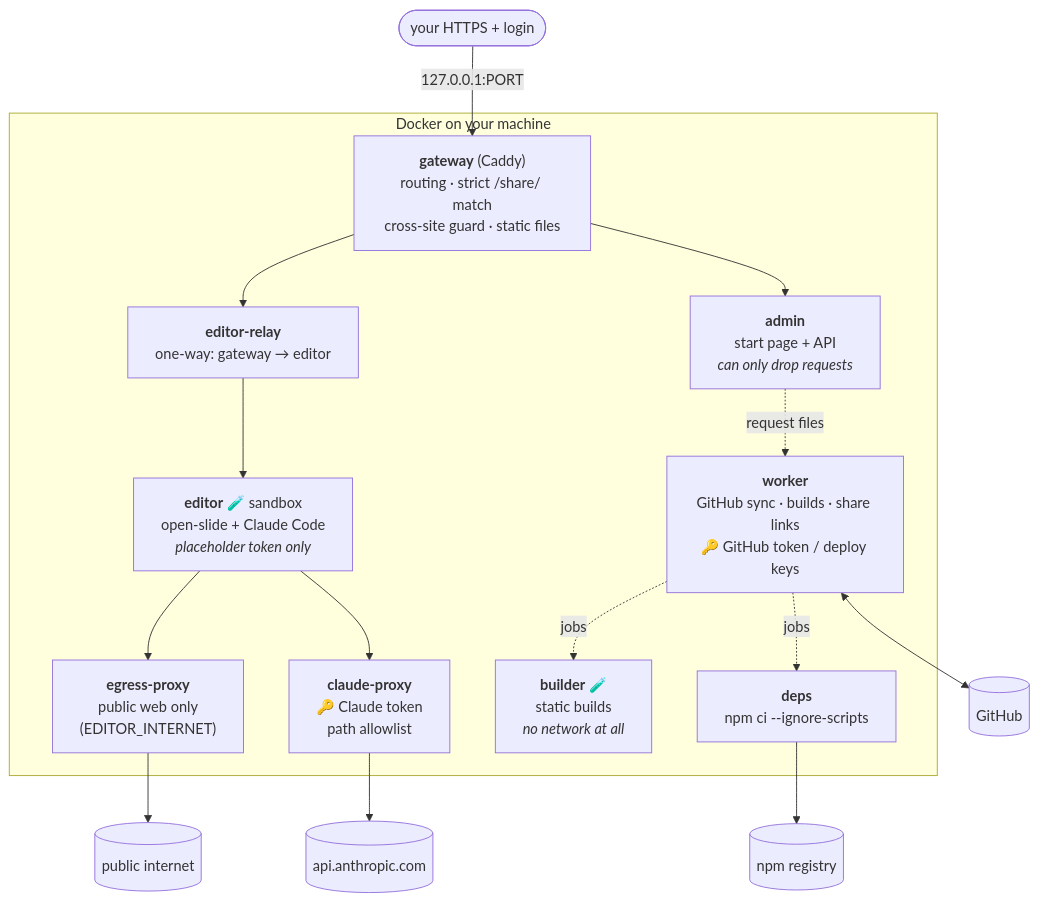
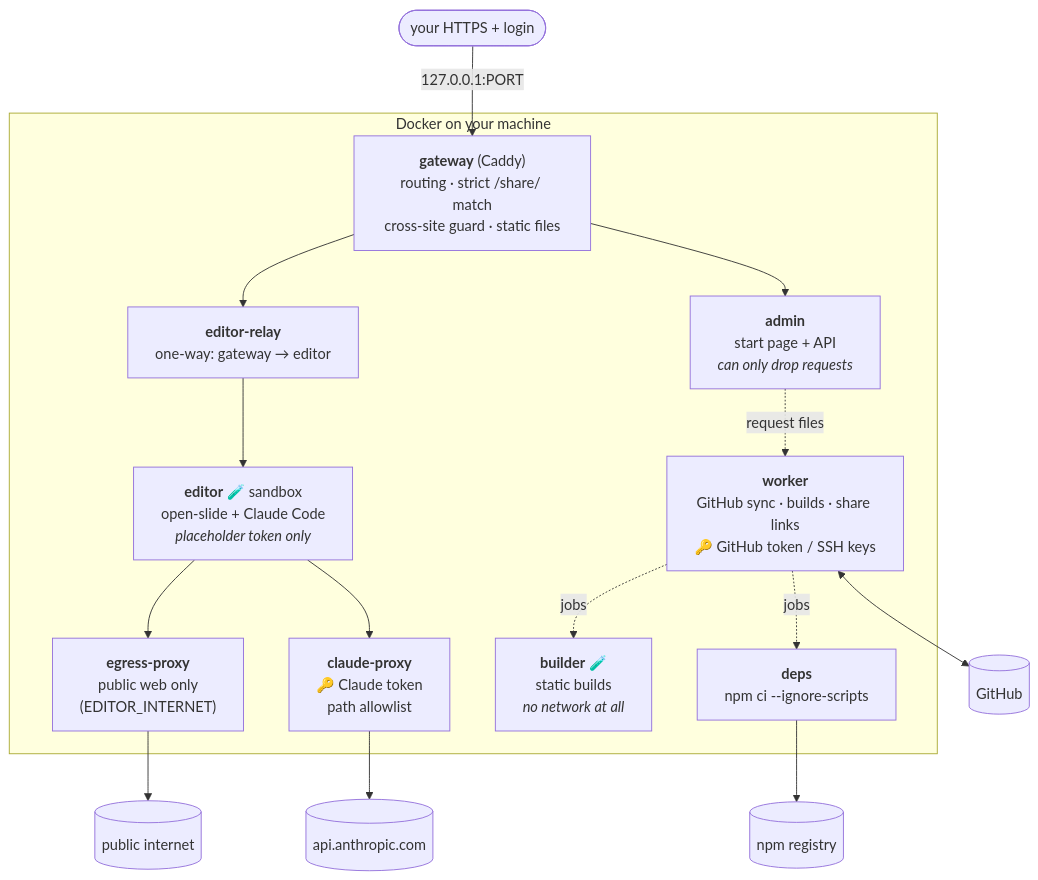
Before and after one commit to ValentinHerrmann/open-slide-server: the second of 3 diagrams in README.md, drawn with Mermaid. The commit also changed other lines of this file and 6 other files, not shown here.

First line of the commit message:
GitHub access via an SSH key on the user's account (reaches collaborator repos without deploy keys)

````diff
--- a/README.md
+++ b/README.md
@@ -152,25 +152,25 @@
 ```mermaid
 flowchart TB
     proxy_front(["your HTTPS + login"]) -->|"127.0.0.1:PORT"| gateway
 
     subgraph host ["Docker on your machine"]
         gateway["<b>gateway</b> (Caddy)<br/>routing · strict /share/ match<br/>cross-site guard · static files"]
         admin["<b>admin</b><br/>start page + API<br/><i>can only drop requests</i>"]
-        worker["<b>worker</b><br/>GitHub sync · builds · share links<br/>🔑 GitHub token / deploy keys"]
+        worker["<b>worker</b><br/>GitHub sync · builds · share links<br/>🔑 GitHub token / SSH keys"]
         relay["<b>editor-relay</b><br/>one-way: gateway → editor"]
         editor["<b>editor</b> 🧪 sandbox<br/>open-slide + Claude Code<br/><i>placeholder token only</i>"]
         cproxy["<b>claude-proxy</b><br/>🔑 Claude token<br/>path allowlist"]
         egress["<b>egress-proxy</b><br/>public web only<br/>(EDITOR_INTERNET)"]
         builder["<b>builder</b> 🧪<br/>static builds<br/><i>no network at all</i>"]
         deps["<b>deps</b><br/>npm ci --ignore-scripts"]
     end
 
     gateway --> admin
     gateway --> relay --> editor
     admin -. "request files" .-> worker
     worker -. "jobs" .-> builder & deps
     editor --> cproxy --> anthropic[("api.anthropic.com")]
     editor --> egress --> web[("public internet")]
     worker <--> gh[("GitHub")]
     deps --> npm[("npm registry")]
 ```
````
